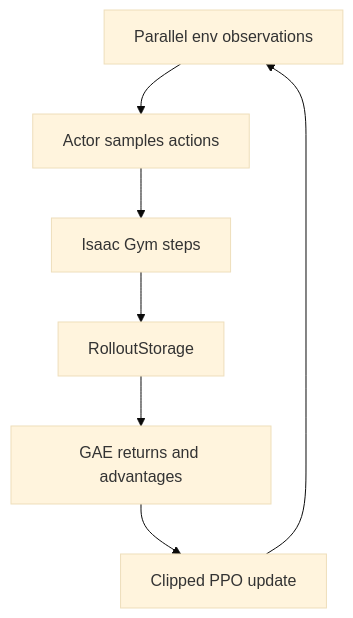
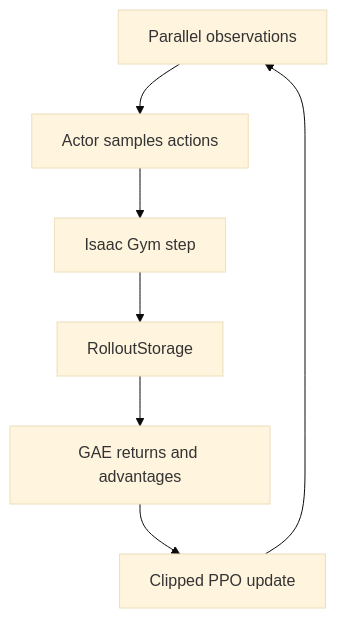
Before and after one commit to Zeil6/linkerhand-unidexgrasp-reproduction: the diagram in docs/ppo_pipeline.md, drawn with Mermaid (base theme). The commit also changed other lines of this file and 8 other files, not shown here.

````diff
--- a/docs/ppo_pipeline.md
+++ b/docs/ppo_pipeline.md
@@ -5,9 +5,9 @@
 ```mermaid
 flowchart TD
-    A[Parallel env observations] --> B[Actor samples actions]
-    B --> C[Isaac Gym steps]
+    A[Parallel observations] --> B[Actor samples actions]
+    B --> C[Isaac Gym step]
     C --> D[RolloutStorage]
     D --> E[GAE returns and advantages]
     E --> F[Clipped PPO update]
     F --> A
 ```
````
